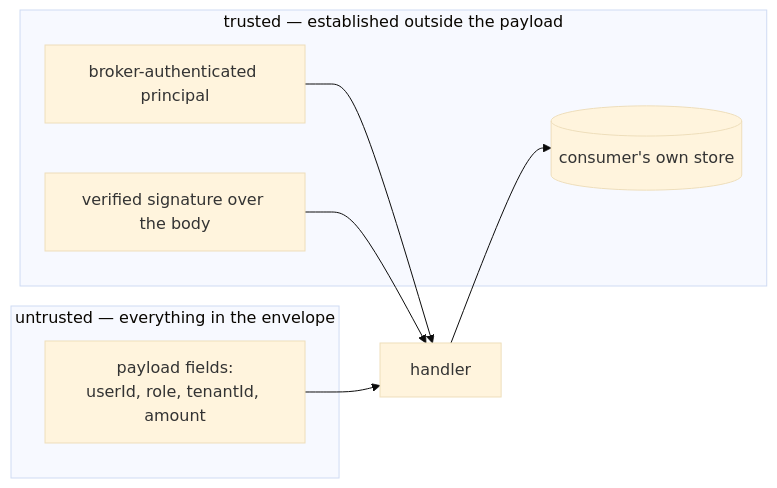
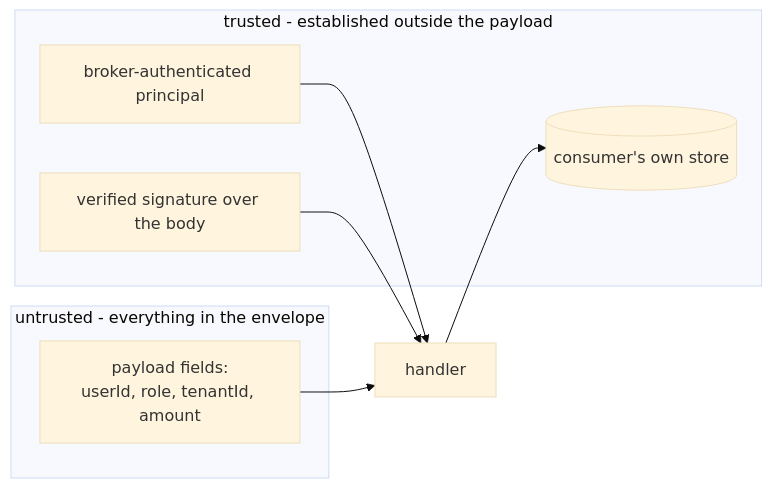
Before and after one commit to nyanko-desuwa/Secure-AI-Toolkit: the diagram in skills/architecture/event-driven/best-practices.md, drawn with Mermaid (base theme). The commit also changed other lines of this file and 414 other files, not shown here.

````diff
--- a/skills/architecture/event-driven/best-practices.md
+++ b/skills/architecture/event-driven/best-practices.md
@@ -16,15 +16,15 @@
 ```mermaid
 flowchart LR
-  subgraph UNTRUSTED["untrusted — everything in the envelope"]
+  subgraph UNTRUSTED["untrusted - everything in the envelope"]
     P["payload fields:<br/>userId, role, tenantId, amount"]
   end
-  subgraph TRUSTED["trusted — established outside the payload"]
+  subgraph TRUSTED["trusted - established outside the payload"]
     A["broker-authenticated principal"]
     S["verified signature over the body"]
     D[("consumer's own store")]
   end
   P --> H[handler]
   A --> H
   S --> H
   H --> D
 ```
````
